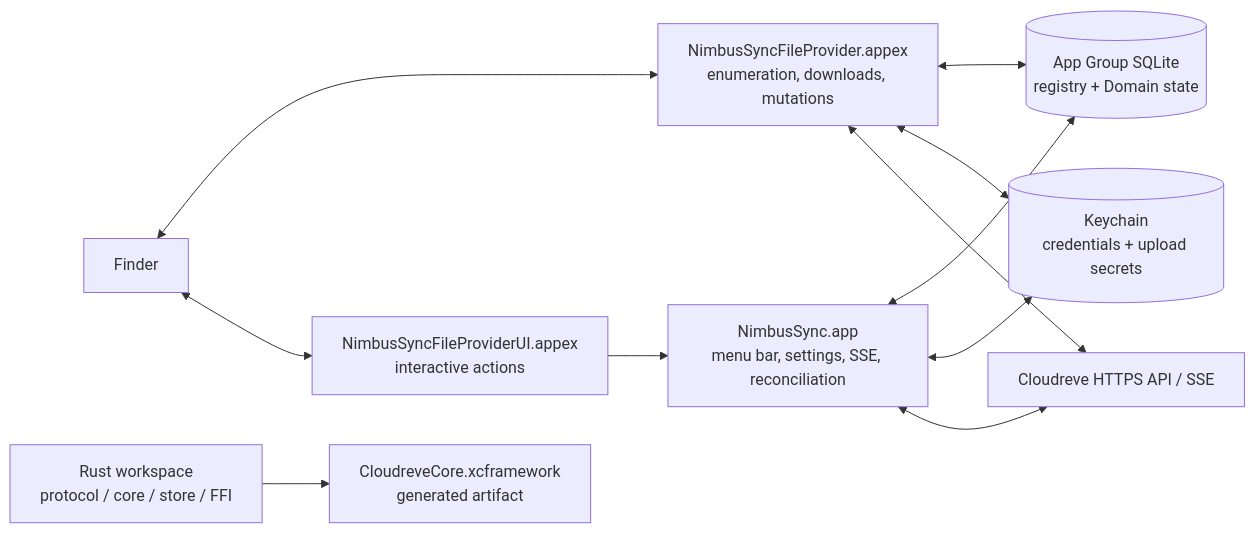
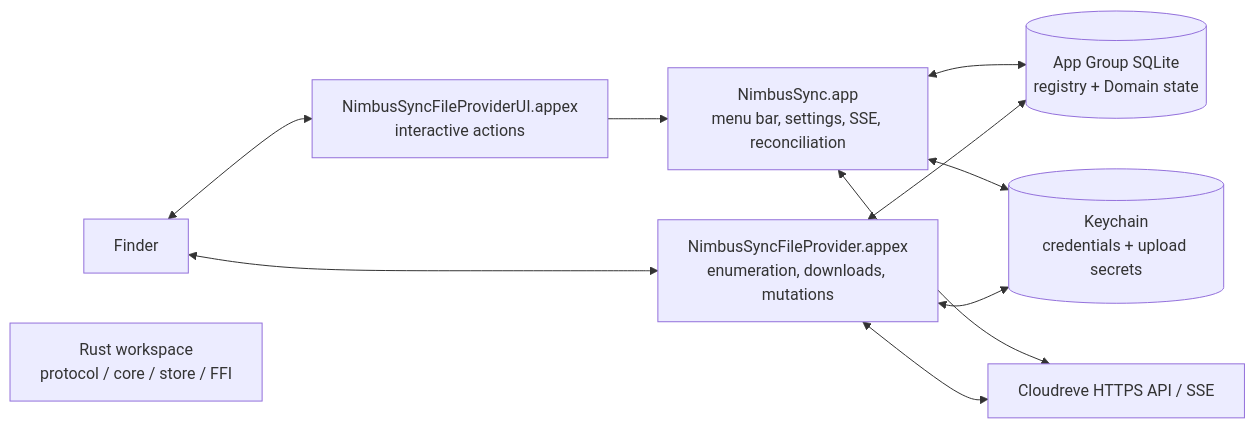
The diagram in README.md (tiylabs/nimbussync), drawn with Mermaid before and after one commit. The commit also changed other lines of this file and 27 other files, not shown here.

````diff
--- a/README.md
+++ b/README.md
@@ -140,23 +136,21 @@
 ```mermaid
 flowchart LR
     Finder[Finder]
     App[NimbusSync.app<br/>menu bar, settings, SSE, reconciliation]
     FP[NimbusSyncFileProvider.appex<br/>enumeration, downloads, mutations]
     FPUI[NimbusSyncFileProviderUI.appex<br/>interactive actions]
     Store[(App Group SQLite<br/>registry + Domain state)]
     Keychain[(Keychain<br/>credentials + upload secrets)]
     Cloudreve[Cloudreve HTTPS API / SSE]
     Rust[Rust workspace<br/>protocol / core / store / FFI]
-    Artifact[CloudreveCore.xcframework<br/>generated artifact]
 
     Finder <--> FP
     Finder <--> FPUI
     FPUI --> App
     App <--> Store
     FP <--> Store
     App <--> Keychain
     FP <--> Keychain
     App <--> Cloudreve
     FP <--> Cloudreve
-    Rust --> Artifact
 ```
````
